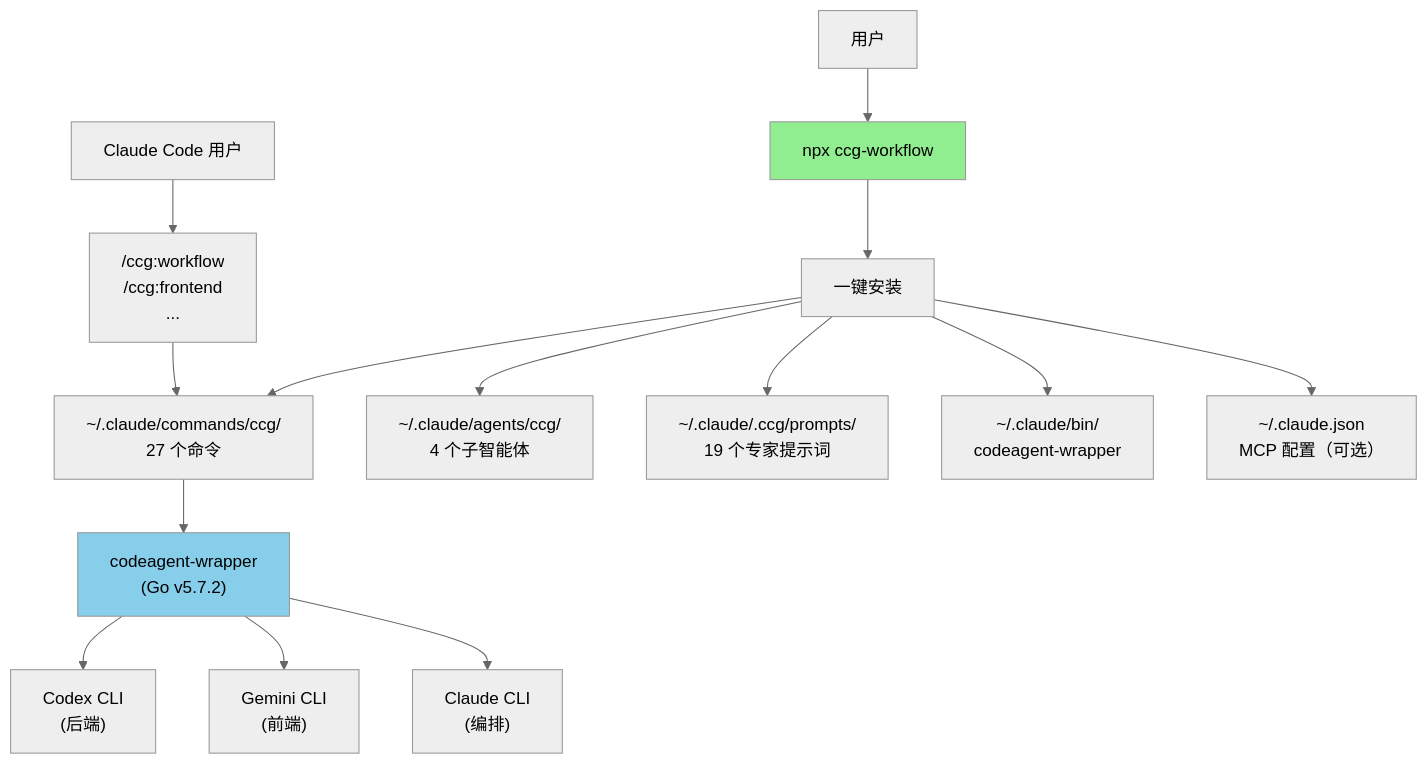
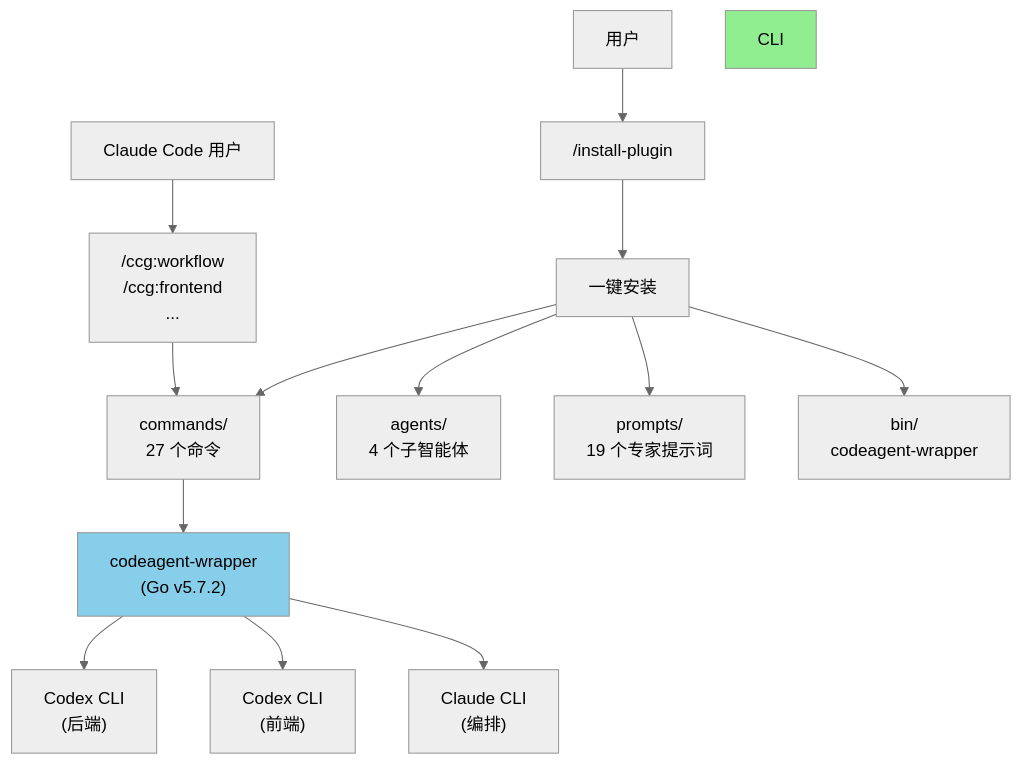
One commit to 13210541230/ccg-workflow changed the first of 2 diagrams in CLAUDE.md. Above: the diagram before and after it, drawn with Mermaid (neutral theme). The commit also changed other lines of this file and 1 other file, not shown here.

First line of the commit message:
docs: migrate from npm to plugin installation model

````diff
--- a/CLAUDE.md
+++ b/CLAUDE.md
@@ -64,22 +64,21 @@
 ```mermaid
 graph TD
-    User["用户"] --> CLI["npx ccg-workflow"]
-    CLI --> Init["一键安装"]
+    User["用户"] --> Plugin["/install-plugin"]
+    Plugin --> Init["一键安装"]
 
-    Init --> Commands["~/.claude/commands/ccg/<br/>27 个命令"]
-    Init --> Agents["~/.claude/agents/ccg/<br/>4 个子智能体"]
-    Init --> Prompts["~/.claude/.ccg/prompts/<br/>19 个专家提示词"]
-    Init --> Binary["~/.claude/bin/<br/>codeagent-wrapper"]
-    Init --> MCP["~/.claude.json<br/>MCP 配置（可选）"]
+    Init --> Commands["commands/<br/>27 个命令"]
+    Init --> Agents["agents/<br/>4 个子智能体"]
+    Init --> Prompts["prompts/<br/>19 个专家提示词"]
+    Init --> Binary["bin/<br/>codeagent-wrapper"]
 
     User2["Claude Code 用户"] --> SlashCmd["/ccg:workflow<br/>/ccg:frontend<br/>..."]
     SlashCmd --> Commands
 
     Commands --> Wrapper["codeagent-wrapper<br/>(Go v5.7.2)"]
     Wrapper --> Codex["Codex CLI<br/>(后端)"]
-    Wrapper --> Gemini["Gemini CLI<br/>(前端)"]
+    Wrapper --> Codex2["Codex CLI<br/>(前端)"]
     Wrapper --> Claude2["Claude CLI<br/>(编排)"]
 
     style CLI fill:#90EE90
     style Wrapper fill:#87CEEB
 ```
````
